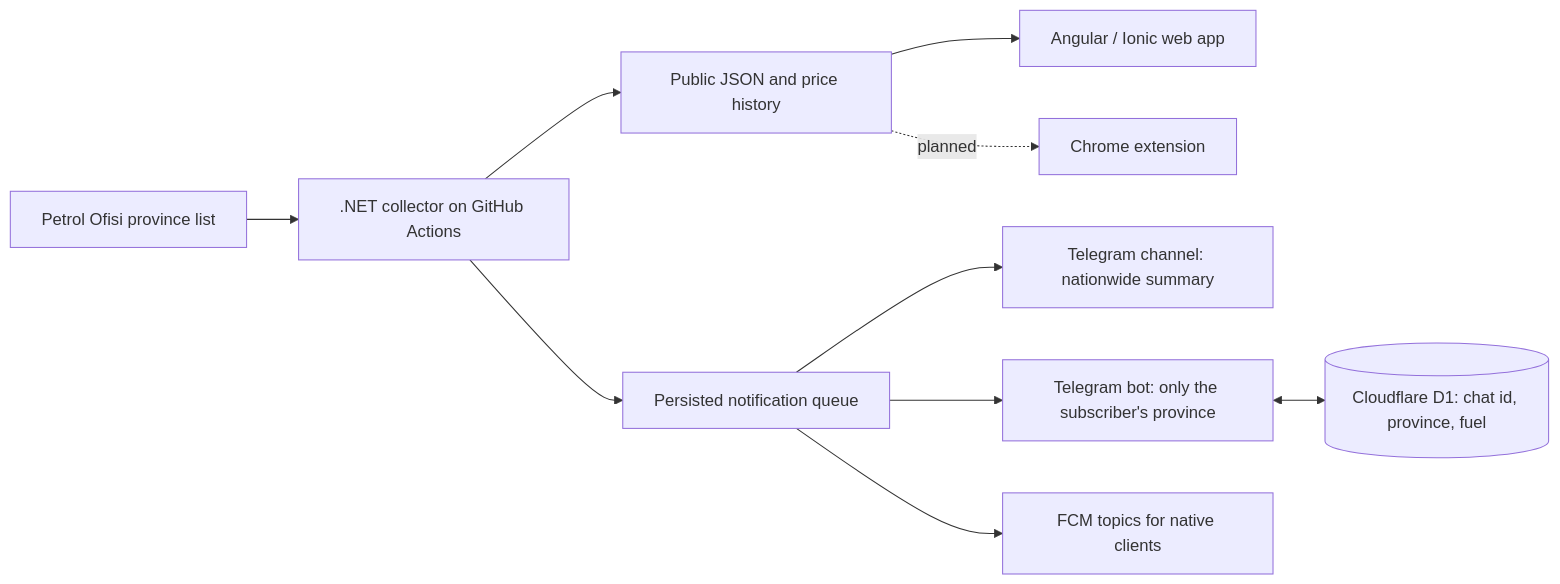
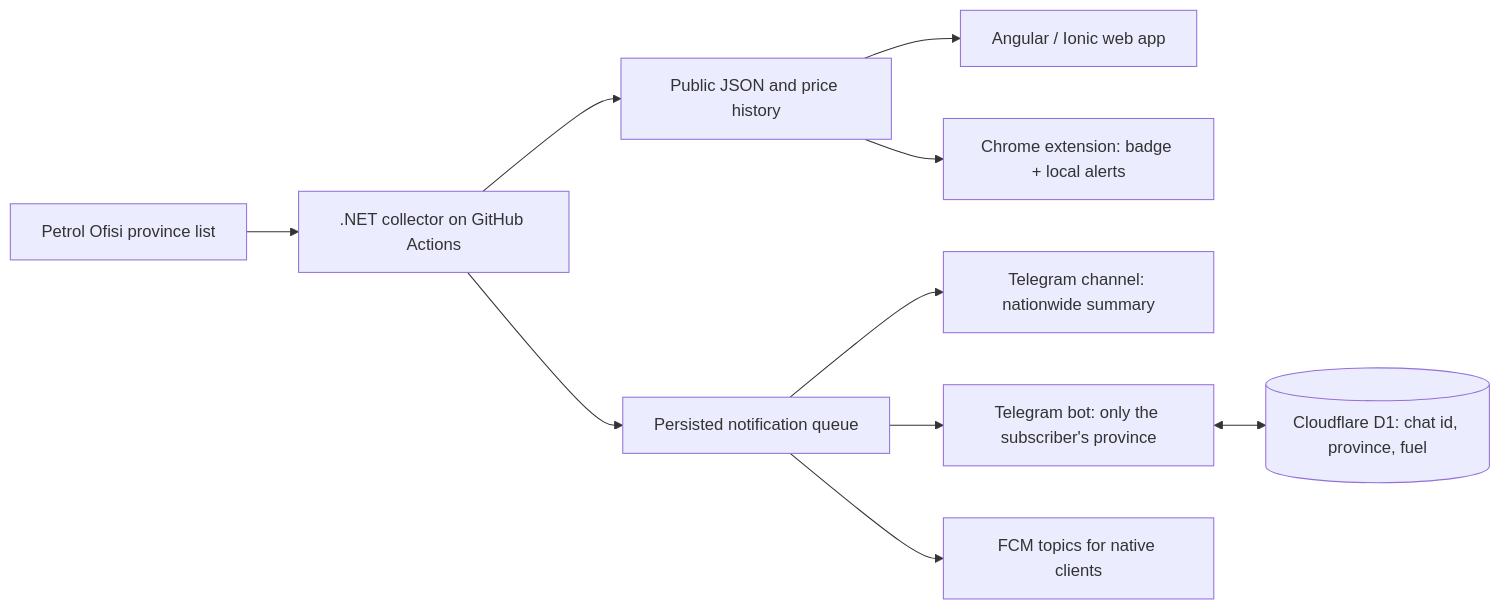
The diagram in README.md (ozkurtomer/depo-dolu), drawn with Mermaid before and after one commit. The commit also changed other lines of this file and 28 other files, not shown here.

````diff
--- a/README.md
+++ b/README.md
@@ -131,12 +137,12 @@
 ```mermaid
 flowchart LR
     PO[Petrol Ofisi province list] --> C[.NET collector on GitHub Actions]
     C --> D[Public JSON and price history]
     C --> Q[Persisted notification queue]
     D --> W[Angular / Ionic web app]
-    D -. planned .-> E[Chrome extension]
+    D --> E[Chrome extension: badge + local alerts]
     Q --> T[Telegram channel: nationwide summary]
     Q --> B[Telegram bot: only the subscriber's province]
     B <--> S[(Cloudflare D1: chat id, province, fuel)]
     Q --> F[FCM topics for native clients]
 ```
````
